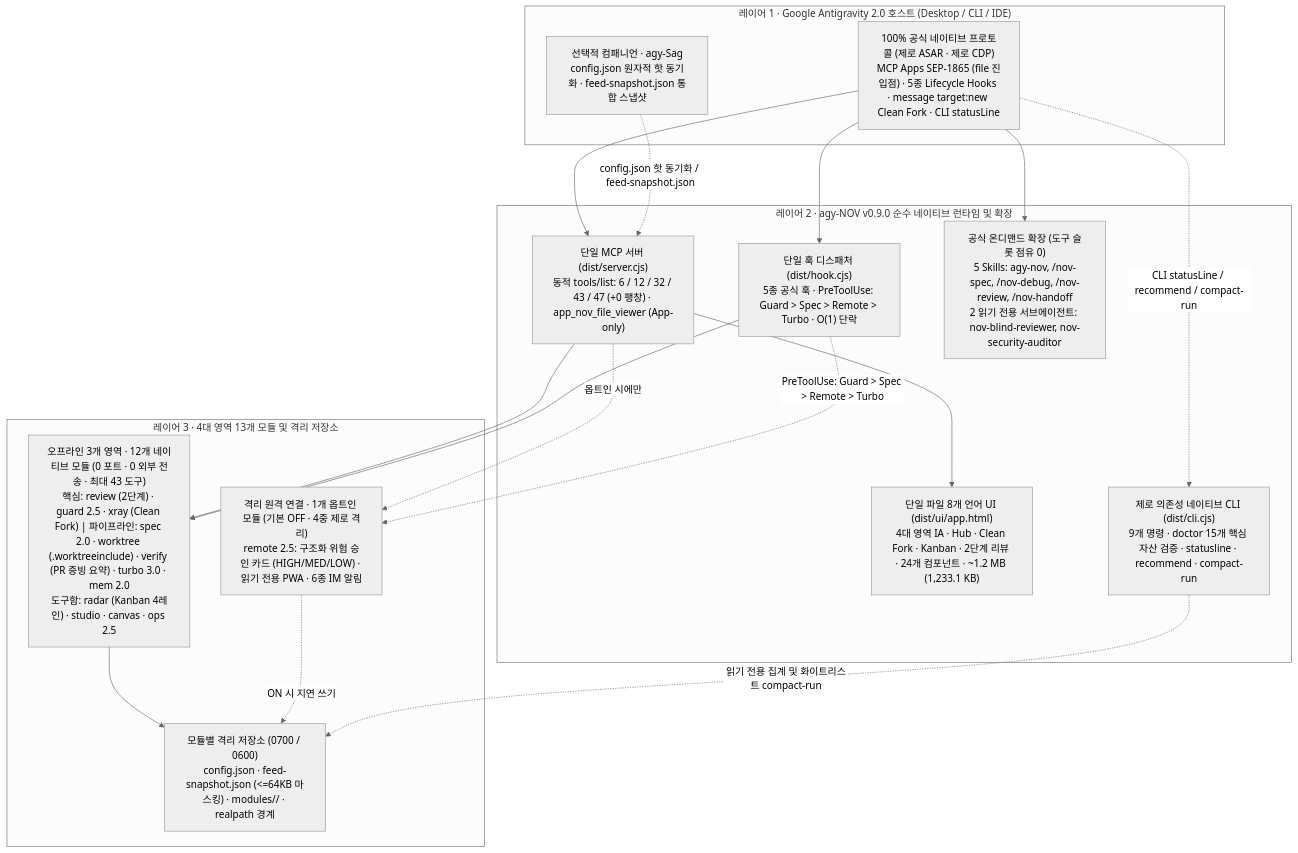
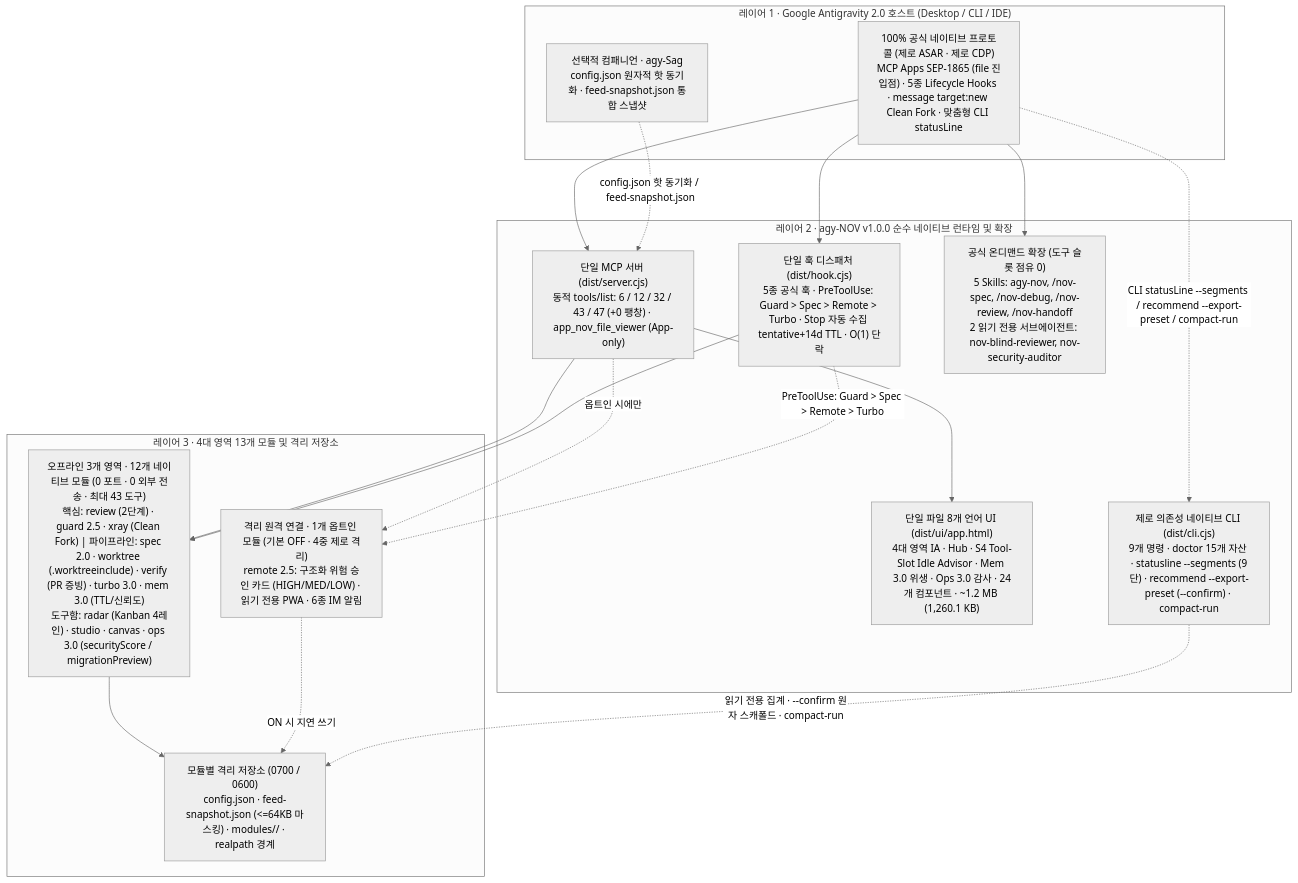
Before and after one commit to tone-leh/agy-NOV: the diagram in docs/i18n/README.ko.md, drawn with Mermaid (neutral theme). The commit also changed other lines of this file and 42 other files, not shown here.

Commit message:
release: v1.0.0 — Ops 3.0 static security audit & cross-client dedup preview, Mem 3.0 confidence/TTL hygiene, customizable 9-segment CLI statusLine & --export-preset scaffold

````diff
--- a/docs/i18n/README.ko.md
+++ b/docs/i18n/README.ko.md
@@ -231,35 +235,35 @@
 ```mermaid
 flowchart TB
   subgraph L1["레이어 1 · Google Antigravity 2.0 호스트 (Desktop / CLI / IDE)"]
-    Host["100% 공식 네이티브 프로토콜 (제로 ASAR · 제로 CDP)\nMCP Apps SEP-1865 (file 진입점) · 5종 Lifecycle Hooks · message target:new Clean Fork · CLI statusLine"]
+    Host["100% 공식 네이티브 프로토콜 (제로 ASAR · 제로 CDP)\nMCP Apps SEP-1865 (file 진입점) · 5종 Lifecycle Hooks · message target:new Clean Fork · 맞춤형 CLI statusLine"]
     Sag["선택적 컴패니언 · agy-Sag\nconfig.json 원자적 핫 동기화 · feed-snapshot.json 통합 스냅샷"]
   end
 
-  subgraph L2["레이어 2 · agy-NOV v0.9.0 순수 네이티브 런타임 및 확장"]
+  subgraph L2["레이어 2 · agy-NOV v1.0.0 순수 네이티브 런타임 및 확장"]
     MCP["단일 MCP 서버 (dist/server.cjs)\n동적 tools/list: 6 / 12 / 32 / 43 / 47 (+0 팽창) · app_nov_file_viewer (App-only)"]
-    Hook["단일 훅 디스패처 (dist/hook.cjs)\n5종 공식 훅 · PreToolUse: Guard > Spec > Remote > Turbo · O(1) 단락"]
-    UI["단일 파일 8개 언어 UI (dist/ui/app.html)\n4대 영역 IA · Hub · Clean Fork · Kanban · 2단계 리뷰 · 24개 컴포넌트 · ~1.2 MB (1,233.1 KB)"]
+    Hook["단일 훅 디스패처 (dist/hook.cjs)\n5종 공식 훅 · PreToolUse: Guard > Spec > Remote > Turbo · Stop 자동 수집 tentative+14d TTL · O(1) 단락"]
+    UI["단일 파일 8개 언어 UI (dist/ui/app.html)\n4대 영역 IA · Hub · S4 Tool-Slot Idle Advisor · Mem 3.0 위생 · Ops 3.0 감사 · 24개 컴포넌트 · ~1.2 MB (1,260.1 KB)"]
     Ext["공식 온디맨드 확장 (도구 슬롯 점유 0)\n5 Skills: agy-nov, /nov-spec, /nov-debug, /nov-review, /nov-handoff\n2 읽기 전용 서브에이전트: nov-blind-reviewer, nov-security-auditor"]
-    CLI["제로 의존성 네이티브 CLI (dist/cli.cjs)\n9개 명령 · doctor 15개 핵심 자산 검증 · statusline · recommend · compact-run"]
+    CLI["제로 의존성 네이티브 CLI (dist/cli.cjs)\n9개 명령 · doctor 15개 자산 · statusline --segments (9단) · recommend --export-preset (--confirm) · compact-run"]
   end
 
   subgraph L3["레이어 3 · 4대 영역 13개 모듈 및 격리 저장소"]
-    T1["오프라인 3개 영역 · 12개 네이티브 모듈 (0 포트 · 0 외부 전송 · 최대 43 도구)\n핵심: review (2단계) · guard 2.5 · xray (Clean Fork) | 파이프라인: spec 2.0 · worktree (.worktreeinclude) · verify (PR 증빙 요약) · turbo 3.0 · mem 2.0\n도구함: radar (Kanban 4레인) · studio · canvas · ops 2.5"]
+    T1["오프라인 3개 영역 · 12개 네이티브 모듈 (0 포트 · 0 외부 전송 · 최대 43 도구)\n핵심: review (2단계) · guard 2.5 · xray (Clean Fork) | 파이프라인: spec 2.0 · worktree (.worktreeinclude) · verify (PR 증빙) · turbo 3.0 · mem 3.0 (TTL/신뢰도)\n도구함: radar (Kanban 4레인) · studio · canvas · ops 3.0 (securityScore / migrationPreview)"]
     T2R["격리 원격 연결 · 1개 옵트인 모듈 (기본 OFF · 4중 제로 격리)\nremote 2.5: 구조화 위험 승인 카드 (HIGH/MED/LOW) · 읽기 전용 PWA · 6종 IM 알림"]
     Store["모듈별 격리 저장소 (0700 / 0600)\nconfig.json · feed-snapshot.json (<=64KB 마스킹) · modules/<id>/ · realpath 경계"]
   end
 
   Host --> MCP
   Host --> Hook
   Host --> Ext
-  Host -. "CLI statusLine / recommend / compact-run" .-> CLI
+  Host -. "CLI statusLine --segments / recommend --export-preset / compact-run" .-> CLI
   Sag -. "config.json 핫 동기화 / feed-snapshot.json" .-> MCP
   MCP --> UI
   MCP --> T1
   MCP -. "옵트인 시에만" .-> T2R
   Hook --> T1
   Hook -. "PreToolUse: Guard > Spec > Remote > Turbo" .-> T2R
   T1 --> Store
   T2R -. "ON 시 지연 쓰기" .-> Store
-  CLI -. "읽기 전용 집계 및 화이트리스트 compact-run" .-> Store
+  CLI -. "읽기 전용 집계 · --confirm 원자 스캐폴드 · compact-run" .-> Store
 ```
````
